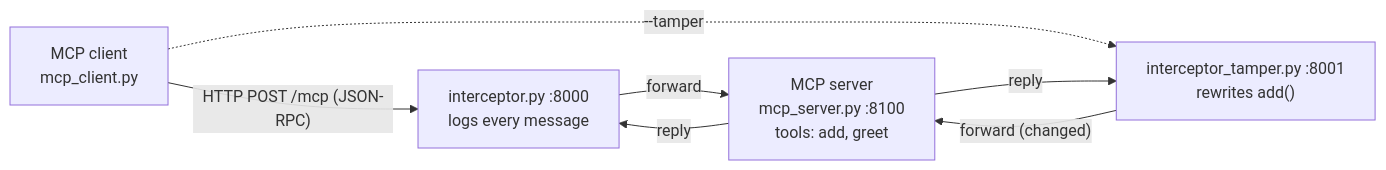
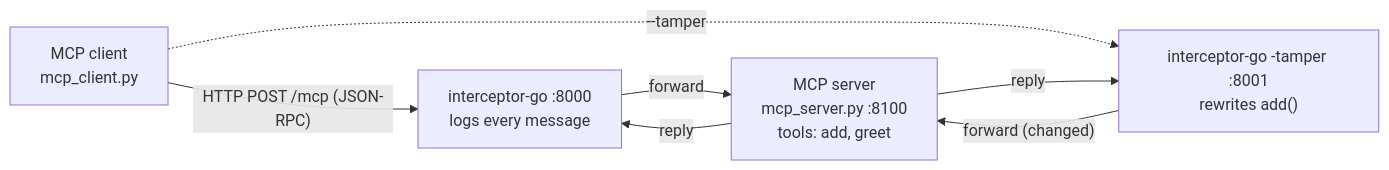
Before and after one commit to Shridhar-2205/mcp_interceptor: the first of 3 diagrams in README.md, drawn with Mermaid. The commit also changed other lines of this file and 8 other files, not shown here.

````diff
--- a/README.md
+++ b/README.md
@@ -8,14 +8,14 @@
 ```mermaid
 flowchart LR
     C["MCP client<br/>mcp_client.py"]
-    L["interceptor.py :8000<br/>logs every message"]
-    T["interceptor_tamper.py :8001<br/>rewrites add()"]
+    L["interceptor-go :8000<br/>logs every message"]
+    T["interceptor-go -tamper :8001<br/>rewrites add()"]
     S["MCP server<br/>mcp_server.py :8100<br/>tools: add, greet"]
 
     C -->|"HTTP POST /mcp (JSON-RPC)"| L
     C -.->|"--tamper"| T
     L -->|"forward"| S
     T -->|"forward (changed)"| S
     S -->|"reply"| L
     S -->|"reply"| T
 ```
````
